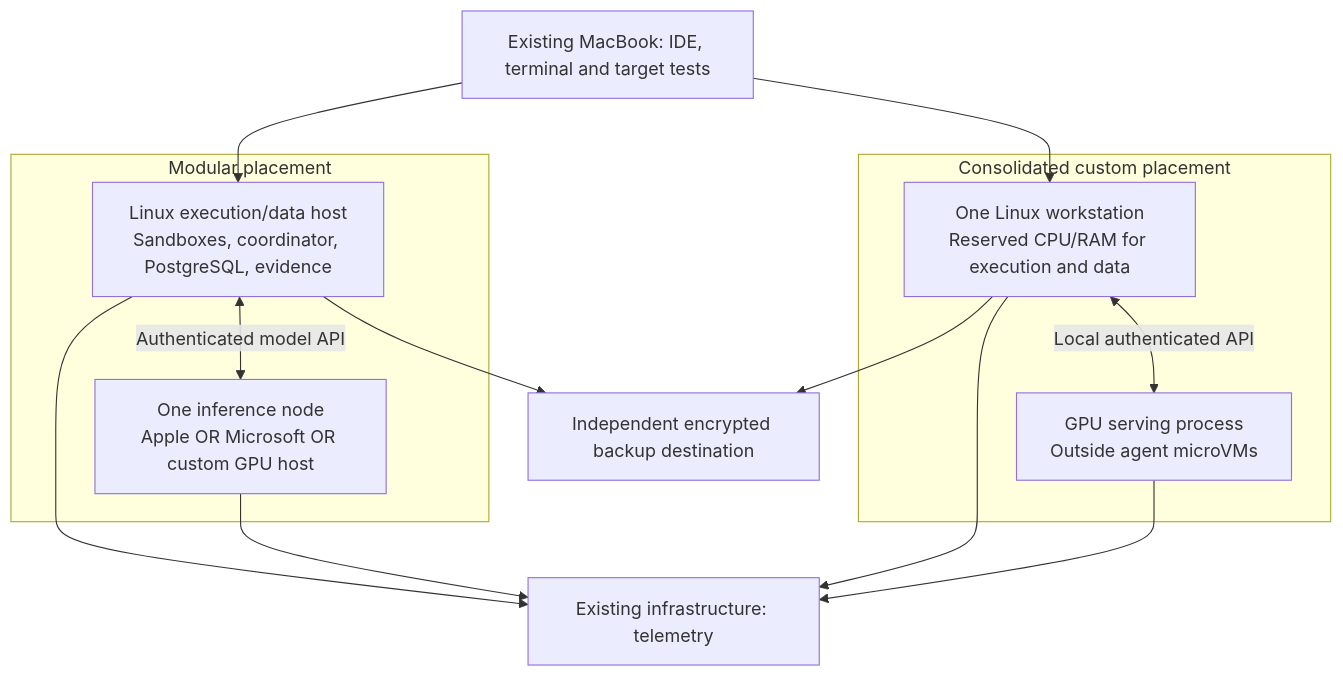
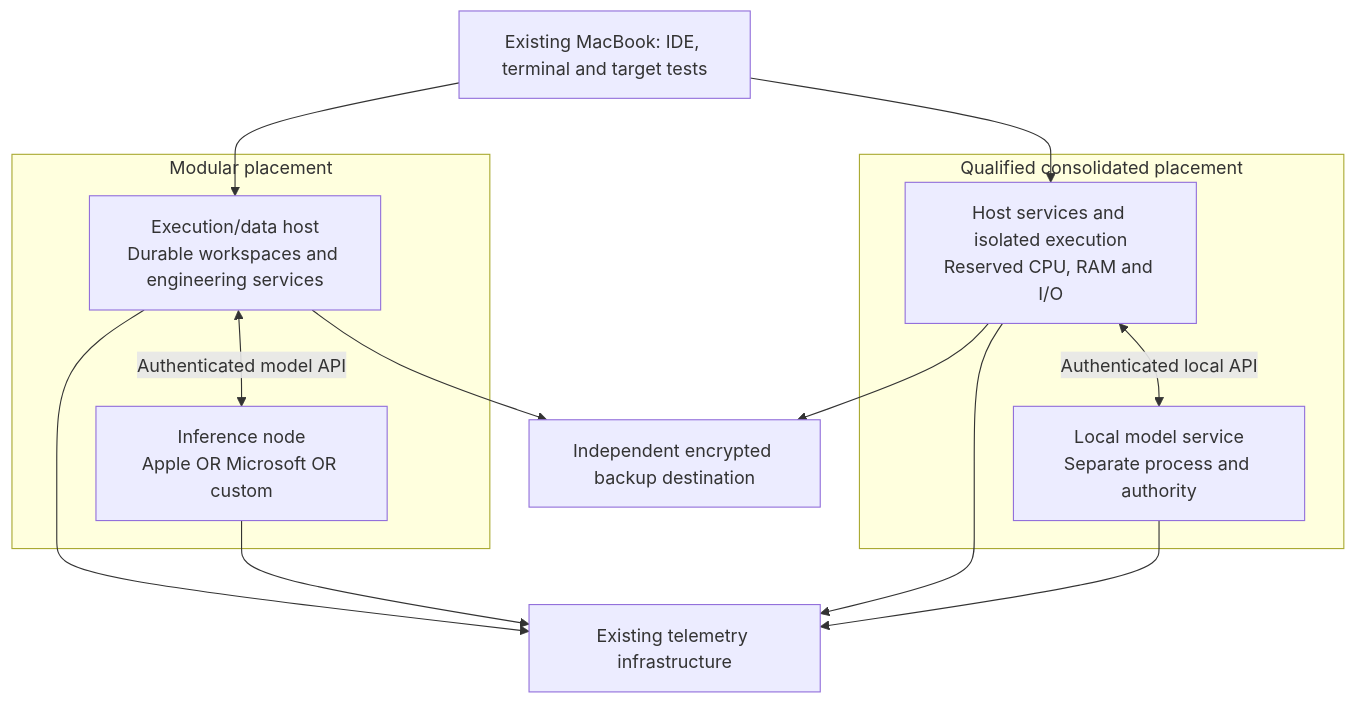
Before and after one commit to NobleFactor/noblefactor-engprod: the fourth of 4 diagrams in docs/architecture/agentic-developer-workstation.md, drawn with Mermaid. The commit also changed other lines of this file, not shown here.

First line of the commit message:
docs: resolve workstation architecture review findings

````diff
--- a/docs/architecture/agentic-developer-workstation.md
+++ b/docs/architecture/agentic-developer-workstation.md
@@ -466,21 +504,21 @@
 ```mermaid
 flowchart TB
     MB["Existing MacBook: IDE, terminal and target tests"]
     subgraph MOD["Modular placement"]
-        E1["Linux execution/data host<br/>Sandboxes, coordinator, PostgreSQL, evidence"]
-        I1["One inference node<br/>Apple OR Microsoft OR custom GPU host"]
+        E1["Execution/data host<br/>Durable workspaces and engineering services"]
+        I1["Inference node<br/>Apple OR Microsoft OR custom"]
         E1 <-->|"Authenticated model API"| I1
     end
-    subgraph CON["Consolidated custom placement"]
-        E2["One Linux workstation<br/>Reserved CPU/RAM for execution and data"]
-        I2["GPU serving process<br/>Outside agent microVMs"]
-        E2 <-->|"Local authenticated API"| I2
+    subgraph CON["Qualified consolidated placement"]
+        E2["Host services and isolated execution<br/>Reserved CPU, RAM and I/O"]
+        I2["Local model service<br/>Separate process and authority"]
+        E2 <-->|"Authenticated local API"| I2
     end
     BK["Independent encrypted backup destination"]
-    MON["Existing infrastructure: telemetry"]
+    MON["Existing telemetry infrastructure"]
     MB --> E1
     MB --> E2
     E1 --> BK
     E2 --> BK
     E1 & I1 & E2 & I2 --> MON
 ```
````
